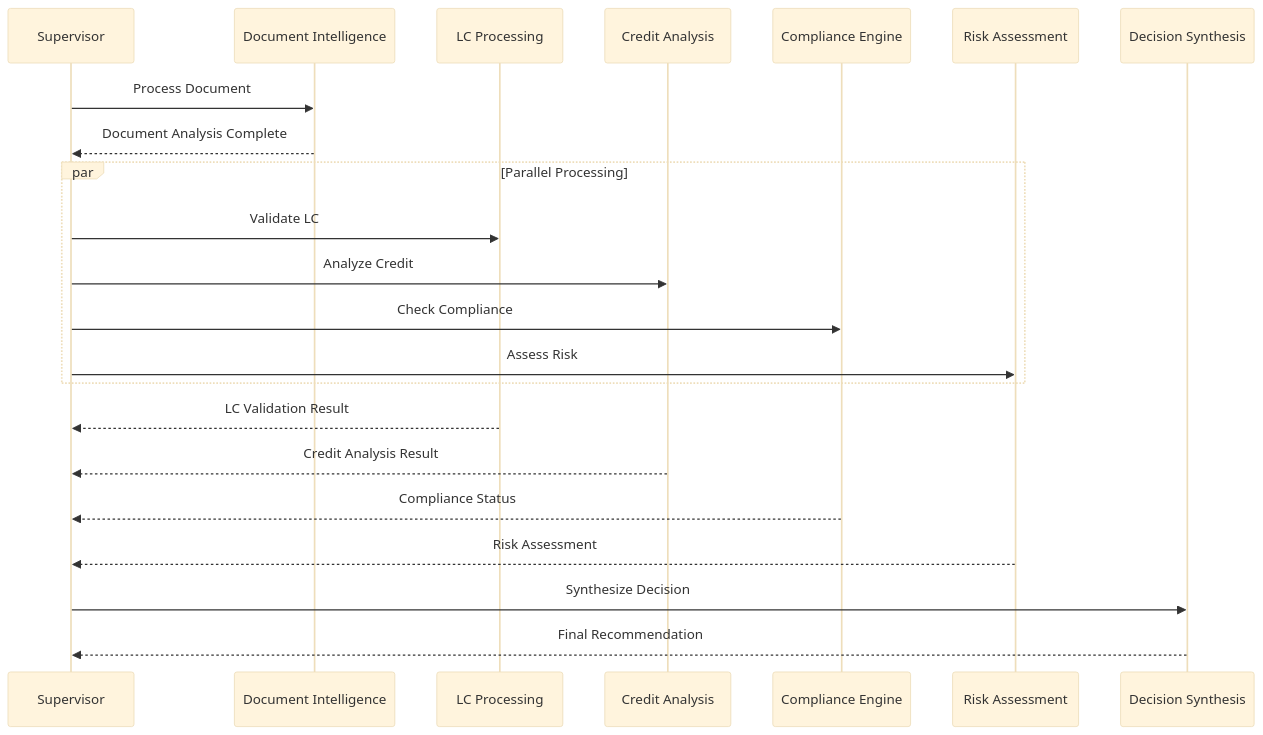
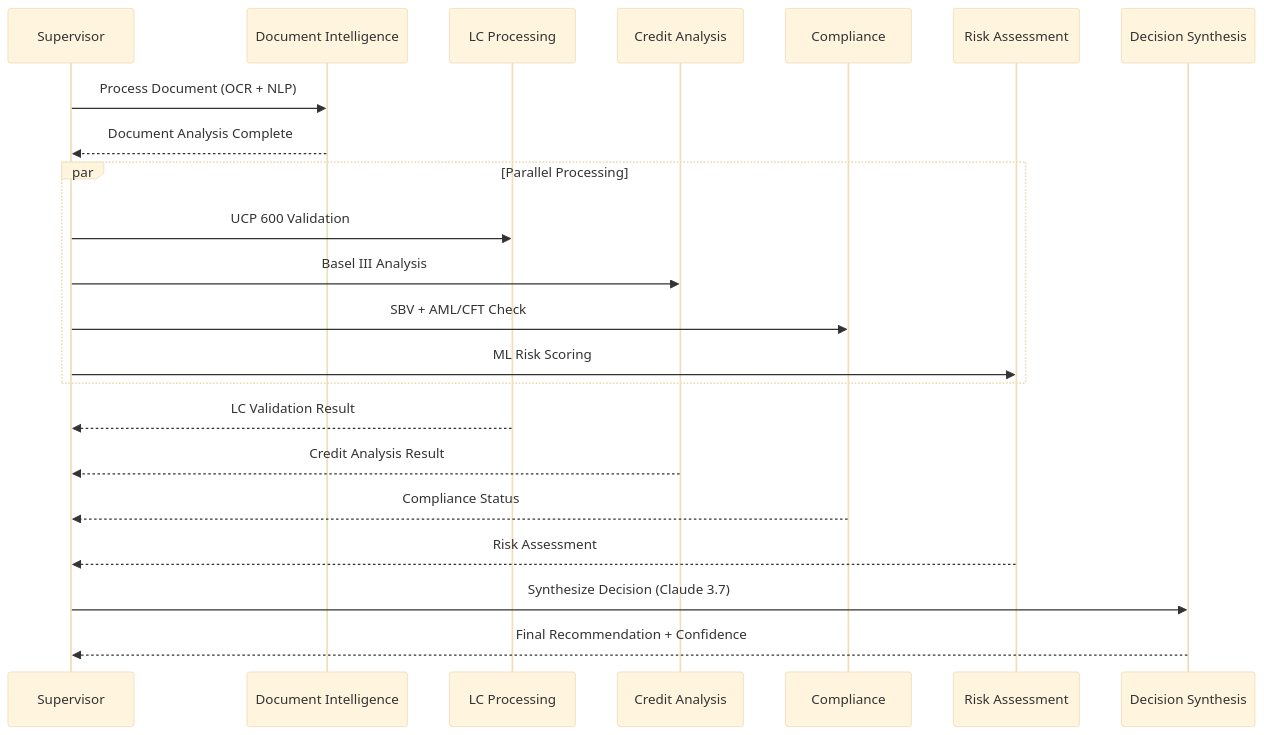
Before and after one commit to ngcuyen/multi-agent-hackathon: the second of 2 diagrams in README.md, drawn with Mermaid (base theme). The commit also changed other lines of this file, not shown here.

First line of the commit message:
📝 Concise & Complete: AWS Architecture + Agent Workflow README

````diff
--- a/README.md
+++ b/README.md
@@ -375,28 +136,28 @@
 ```mermaid
 sequenceDiagram
     participant S as Supervisor
     participant DI as Document Intelligence
     participant LC as LC Processing
     participant CA as Credit Analysis
-    participant CE as Compliance Engine
+    participant CE as Compliance
     participant RA as Risk Assessment
     participant DS as Decision Synthesis
     
-    S->>DI: Process Document
+    S->>DI: Process Document (OCR + NLP)
     DI-->>S: Document Analysis Complete
     
     par Parallel Processing
-        S->>LC: Validate LC
-        S->>CA: Analyze Credit
-        S->>CE: Check Compliance
-        S->>RA: Assess Risk
+        S->>LC: UCP 600 Validation
+        S->>CA: Basel III Analysis
+        S->>CE: SBV + AML/CFT Check
+        S->>RA: ML Risk Scoring
     end
     
     LC-->>S: LC Validation Result
     CA-->>S: Credit Analysis Result
     CE-->>S: Compliance Status
     RA-->>S: Risk Assessment
     
-    S->>DS: Synthesize Decision
-    DS-->>S: Final Recommendation
+    S->>DS: Synthesize Decision (Claude 3.7)
+    DS-->>S: Final Recommendation + Confidence
 ```
````
